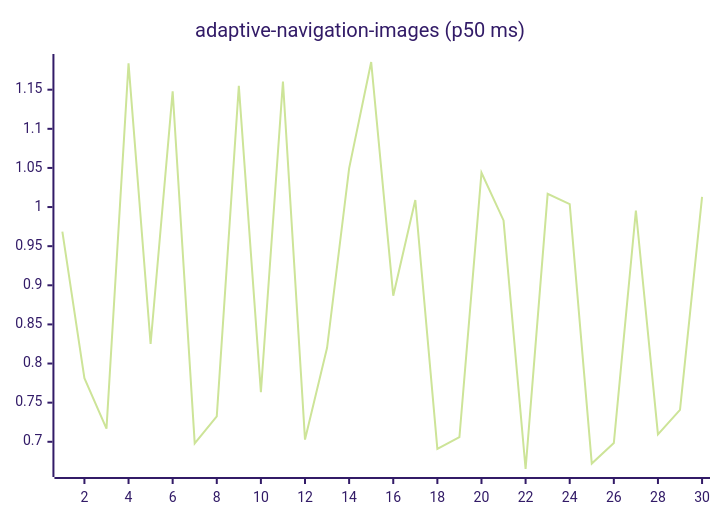
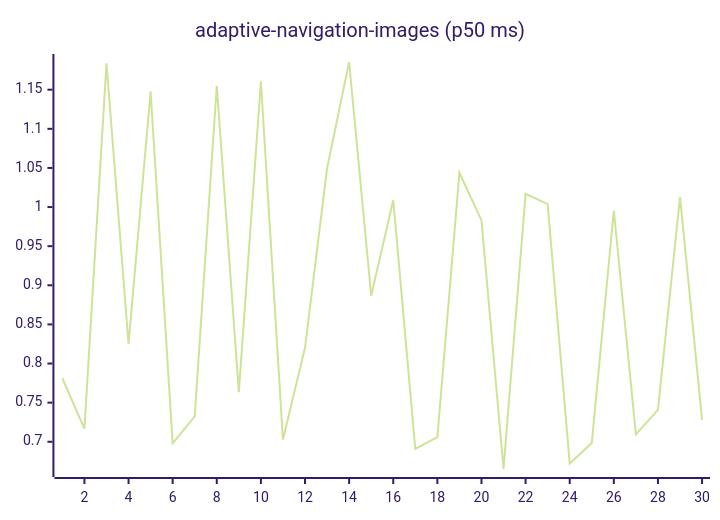
One commit to josha/Facet changed the first of 27 diagrams in README.md. Above: the diagram before and after it, drawn with Mermaid (forest theme). The commit also changed other lines of this file and 2 other files, not shown here.

````diff
--- a/README.md
+++ b/README.md
@@ -63,6 +63,6 @@
 ```mermaid
 xychart-beta
     title "adaptive-navigation-images (p50 ms)"
     x-axis 1 --> 30
-    line [0.9687, 0.7812, 0.7168, 1.1836, 0.8250, 1.1478, 0.6980, 0.7325, 1.1549, 0.7635, 1.1603, 0.7028, 0.8201, 1.0494, 1.1854, 0.8867, 1.0090, 0.6909, 0.7058, 1.0439, 0.9829, 0.6652, 1.0169, 1.0037, 0.6721, 0.6983, 0.9956, 0.7094, 0.7407, 1.0129]
+    line [0.7812, 0.7168, 1.1836, 0.8250, 1.1478, 0.6980, 0.7325, 1.1549, 0.7635, 1.1603, 0.7028, 0.8201, 1.0494, 1.1854, 0.8867, 1.0090, 0.6909, 0.7058, 1.0439, 0.9829, 0.6652, 1.0169, 1.0037, 0.6721, 0.6983, 0.9956, 0.7094, 0.7407, 1.0129, 0.7280]
 ```
````
